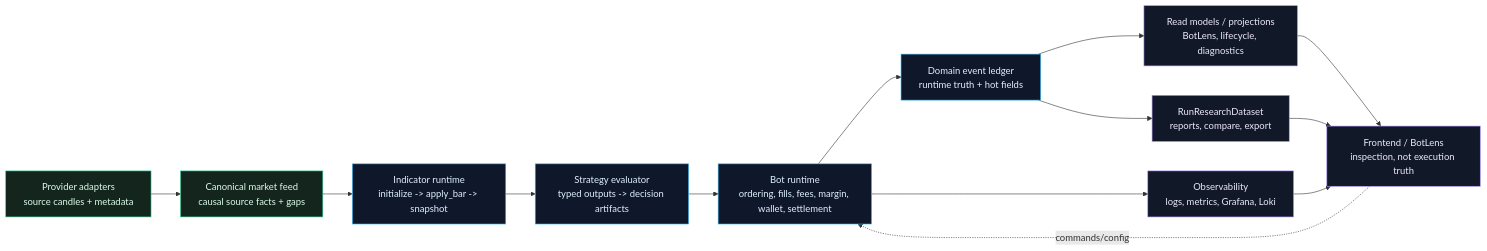
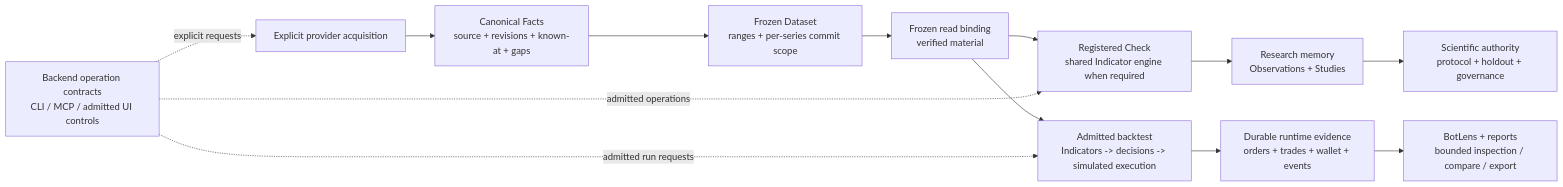
The diagram in docs/architecture/system/diagrams/system-runtime-truth-flow.mmd (elijahbrookss/quant-trad), drawn with Mermaid before and after one commit. The commit also changed 29 other files, not shown here.

Commit message:
docs: consolidate architecture into current engineering manual

```diff
--- a/docs/architecture/system/diagrams/system-runtime-truth-flow.mmd
+++ b/docs/architecture/system/diagrams/system-runtime-truth-flow.mmd
@@ -1,32 +1,20 @@
 flowchart LR
-    provider["Provider adapters<br/>source candles + metadata"]
-    store["Canonical market feed<br/>causal source facts + gaps"]
-    indicator["Indicator runtime<br/>initialize -> apply_bar -> snapshot"]
-    strategy["Strategy evaluator<br/>typed outputs -> decision artifacts"]
-    runtime["Bot runtime<br/>ordering, fills, fees, margin, wallet, settlement"]
-    events["Domain event ledger<br/>runtime truth + hot fields"]
-    projections["Read models / projections<br/>BotLens, lifecycle, diagnostics"]
-    reports["RunResearchDataset<br/>reports, compare, export"]
-    ui["Frontend / BotLens<br/>inspection, not execution truth"]
-    observability["Observability<br/>logs, metrics, Grafana, Loki"]
+    provider["Explicit provider acquisition"]
+    facts["Canonical Facts<br/>source + revisions + known-at + gaps"]
+    dataset["Frozen Dataset<br/>ranges + per-series commit scope"]
+    binding["Frozen read binding<br/>verified material"]
+    check["Registered Check<br/>shared Indicator engine when required"]
+    memory["Research memory<br/>Observations + Studies"]
+    authority["Scientific authority<br/>protocol + holdout + governance"]
+    runtime["Admitted backtest<br/>Indicators -> decisions -> simulated execution"]
+    ledger["Durable runtime evidence<br/>orders + trades + wallet + events"]
+    views["BotLens + reports<br/>bounded inspection / compare / export"]
+    api["Backend operation contracts<br/>CLI / MCP / admitted UI controls"]
 
-    provider --> store
-    store --> indicator
-    indicator --> strategy
-    strategy --> runtime
-    runtime --> events
-    runtime --> observability
-    events --> projections
-    events --> reports
-    projections --> ui
-    reports --> ui
-    observability --> ui
-
-    ui -. commands/config .-> runtime
-
-    classDef truth fill:#0f172a,stroke:#38bdf8,color:#e0f2fe
-    classDef view fill:#111827,stroke:#a78bfa,color:#ede9fe
-    classDef source fill:#13251d,stroke:#34d399,color:#dcfce7
-    class provider,store source
-    class indicator,strategy,runtime,events truth
-    class projections,reports,ui,observability view
+    provider --> facts --> dataset --> binding
+    binding --> check --> memory
+    binding --> runtime --> ledger --> views
+    memory --> authority
+    api -. explicit requests .-> provider
+    api -. admitted operations .-> check
+    api -. admitted run requests .-> runtime
```
